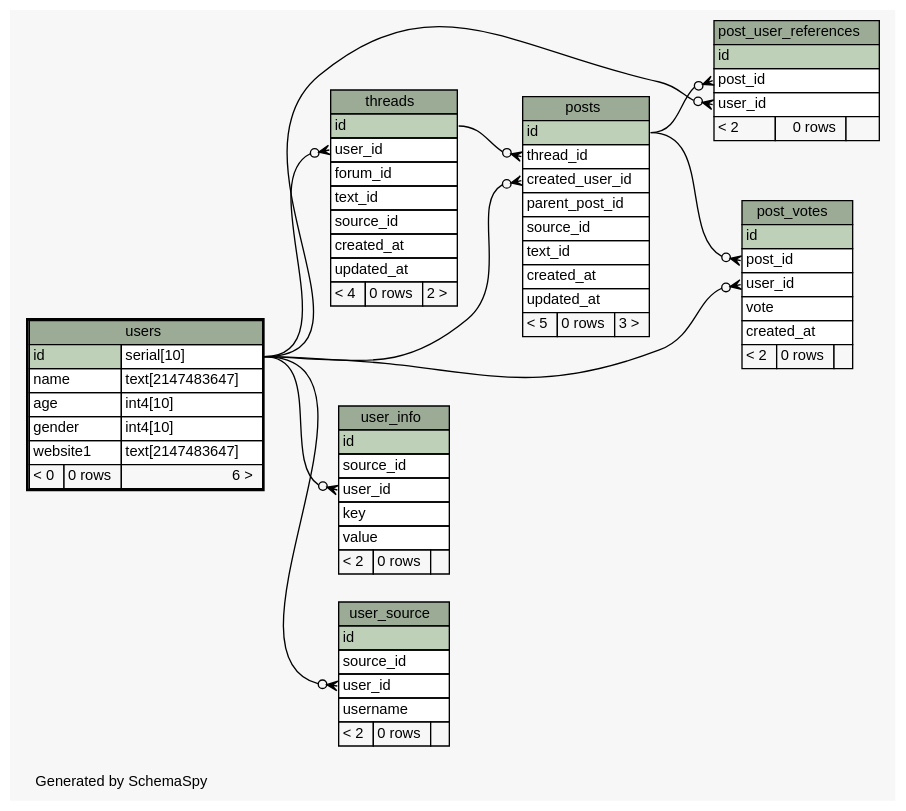
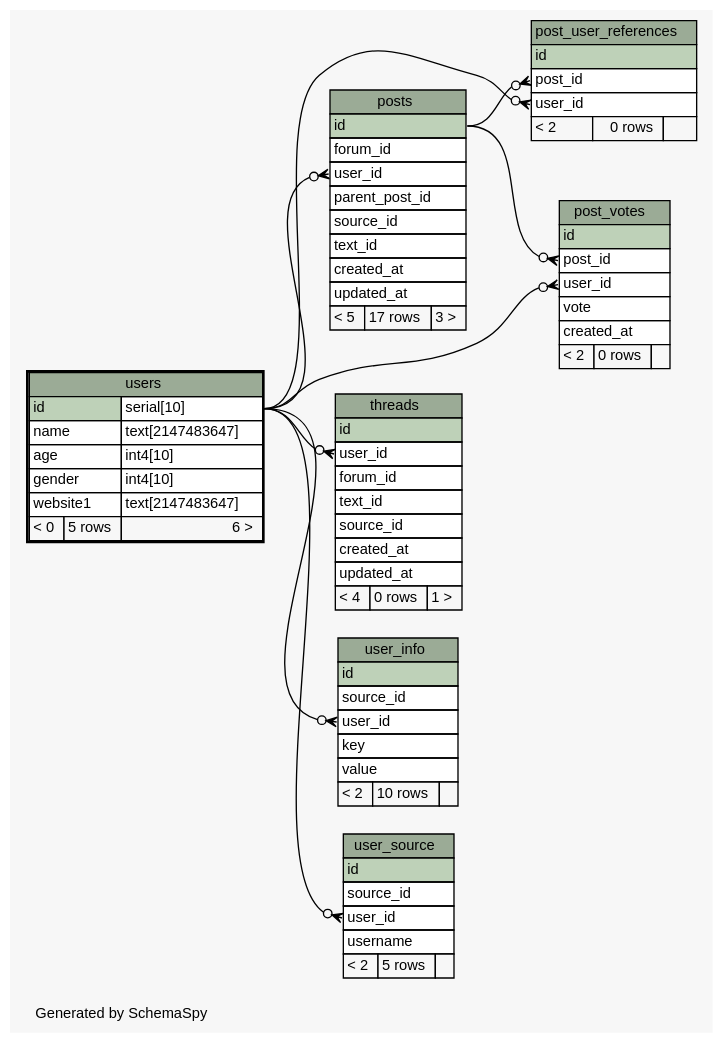
One commit to ryanaustincarlson/moocdb changed the diagram in schema/oltp/diagrams/users.1degree.dot. Above: the diagram before and after it, drawn with Graphviz. The commit also changed 77 other files, not shown here.

Commit message:
updated oltp schema

```diff
--- a/schema/oltp/diagrams/users.1degree.dot
+++ b/schema/oltp/diagrams/users.1degree.dot
@@ -1,131 +1,130 @@
-// dot 2.34.0 on Mac OS X 10.8.3
+// dot 2.32.0 on Mac OS X 10.8.5
 // SchemaSpy rev 590
 digraph "oneDegreeRelationshipsDiagram" {
   graph [
     rankdir="RL"
     bgcolor="#f7f7f7"
     label="\nGenerated by SchemaSpy"
     labeljust="l"
     nodesep="0.18"
     ranksep="0.46"
     fontname="Helvetica"
     fontsize="11"
   ];
   node [
     fontname="Helvetica"
     fontsize="11"
     shape="plaintext"
   ];
   edge [
     arrowsize="0.8"
   ];
   "post_user_references":"post_id":w -> "posts":"id":e [arrowhead=none dir=back arrowtail=crowodot];
   "post_user_references":"user_id":w -> "users":"id.type":e [arrowhead=none dir=back arrowtail=crowodot];
   "post_votes":"post_id":w -> "posts":"id":e [arrowhead=none dir=back arrowtail=crowodot];
   "post_votes":"user_id":w -> "users":"id.type":e [arrowhead=none dir=back arrowtail=crowodot];
-  "posts":"created_user_id":w -> "users":"id.type":e [arrowhead=none dir=back arrowtail=crowodot];
-  "posts":"thread_id":w -> "threads":"id":e [arrowhead=none dir=back arrowtail=crowodot];
+  "posts":"user_id":w -> "users":"id.type":e [arrowhead=none dir=back arrowtail=crowodot];
   "threads":"user_id":w -> "users":"id.type":e [arrowhead=none dir=back arrowtail=crowodot];
   "user_info":"user_id":w -> "users":"id.type":e [arrowhead=none dir=back arrowtail=crowodot];
   "user_source":"user_id":w -> "users":"id.type":e [arrowhead=none dir=back arrowtail=crowodot];
   "post_user_references" [
     label=<
     <TABLE BORDER="0" CELLBORDER="1" CELLSPACING="0" BGCOLOR="#ffffff">
       <TR><TD COLSPAN="3" BGCOLOR="#9bab96" ALIGN="CENTER">post_user_references</TD></TR>
       <TR><TD PORT="id" COLSPAN="3" BGCOLOR="#bed1b8" ALIGN="LEFT">id</TD></TR>
       <TR><TD PORT="post_id" COLSPAN="3" ALIGN="LEFT">post_id</TD></TR>
       <TR><TD PORT="user_id" COLSPAN="3" ALIGN="LEFT">user_id</TD></TR>
       <TR><TD ALIGN="LEFT" BGCOLOR="#f7f7f7">&lt; 2</TD><TD ALIGN="RIGHT" BGCOLOR="#f7f7f7">0 rows</TD><TD ALIGN="RIGHT" BGCOLOR="#f7f7f7">  </TD></TR>
     </TABLE>>
     URL="post_user_references.html"
     tooltip="post_user_references"
   ];
   "post_votes" [
     label=<
     <TABLE BORDER="0" CELLBORDER="1" CELLSPACING="0" BGCOLOR="#ffffff">
       <TR><TD COLSPAN="3" BGCOLOR="#9bab96" ALIGN="CENTER">post_votes</TD></TR>
       <TR><TD PORT="id" COLSPAN="3" BGCOLOR="#bed1b8" ALIGN="LEFT">id</TD></TR>
       <TR><TD PORT="post_id" COLSPAN="3" ALIGN="LEFT">post_id</TD></TR>
       <TR><TD PORT="user_id" COLSPAN="3" ALIGN="LEFT">user_id</TD></TR>
       <TR><TD PORT="vote" COLSPAN="3" ALIGN="LEFT">vote</TD></TR>
       <TR><TD PORT="created_at" COLSPAN="3" ALIGN="LEFT">created_at</TD></TR>
       <TR><TD ALIGN="LEFT" BGCOLOR="#f7f7f7">&lt; 2</TD><TD ALIGN="RIGHT" BGCOLOR="#f7f7f7">0 rows</TD><TD ALIGN="RIGHT" BGCOLOR="#f7f7f7">  </TD></TR>
     </TABLE>>
     URL="post_votes.html"
     tooltip="post_votes"
   ];
   "posts" [
     label=<
     <TABLE BORDER="0" CELLBORDER="1" CELLSPACING="0" BGCOLOR="#ffffff">
       <TR><TD COLSPAN="3" BGCOLOR="#9bab96" ALIGN="CENTER">posts</TD></TR>
       <TR><TD PORT="id" COLSPAN="3" BGCOLOR="#bed1b8" ALIGN="LEFT">id</TD></TR>
-      <TR><TD PORT="thread_id" COLSPAN="3" ALIGN="LEFT">thread_id</TD></TR>
-      <TR><TD PORT="created_user_id" COLSPAN="3" ALIGN="LEFT">created_user_id</TD></TR>
+      <TR><TD PORT="forum_id" COLSPAN="3" ALIGN="LEFT">forum_id</TD></TR>
+      <TR><TD PORT="user_id" COLSPAN="3" ALIGN="LEFT">user_id</TD></TR>
       <TR><TD PORT="parent_post_id" COLSPAN="3" ALIGN="LEFT">parent_post_id</TD></TR>
       <TR><TD PORT="source_id" COLSPAN="3" ALIGN="LEFT">source_id</TD></TR>
       <TR><TD PORT="text_id" COLSPAN="3" ALIGN="LEFT">text_id</TD></TR>
       <TR><TD PORT="created_at" COLSPAN="3" ALIGN="LEFT">created_at</TD></TR>
       <TR><TD PORT="updated_at" COLSPAN="3" ALIGN="LEFT">updated_at</TD></TR>
-      <TR><TD ALIGN="LEFT" BGCOLOR="#f7f7f7">&lt; 5</TD><TD ALIGN="RIGHT" BGCOLOR="#f7f7f7">0 rows</TD><TD ALIGN="RIGHT" BGCOLOR="#f7f7f7">3 &gt;</TD></TR>
+      <TR><TD ALIGN="LEFT" BGCOLOR="#f7f7f7">&lt; 5</TD><TD ALIGN="RIGHT" BGCOLOR="#f7f7f7">17 rows</TD><TD ALIGN="RIGHT" BGCOLOR="#f7f7f7">3 &gt;</TD></TR>
     </TABLE>>
     URL="posts.html"
     tooltip="posts"
   ];
   "threads" [
     label=<
     <TABLE BORDER="0" CELLBORDER="1" CELLSPACING="0" BGCOLOR="#ffffff">
       <TR><TD COLSPAN="3" BGCOLOR="#9bab96" ALIGN="CENTER">threads</TD></TR>
       <TR><TD PORT="id" COLSPAN="3" BGCOLOR="#bed1b8" ALIGN="LEFT">id</TD></TR>
       <TR><TD PORT="user_id" COLSPAN="3" ALIGN="LEFT">user_id</TD></TR>
       <TR><TD PORT="forum_id" COLSPAN="3" ALIGN="LEFT">forum_id</TD></TR>
       <TR><TD PORT="text_id" COLSPAN="3" ALIGN="LEFT">text_id</TD></TR>
       <TR><TD PORT="source_id" COLSPAN="3" ALIGN="LEFT">source_id</TD></TR>
       <TR><TD PORT="created_at" COLSPAN="3" ALIGN="LEFT">created_at</TD></TR>
       <TR><TD PORT="updated_at" COLSPAN="3" ALIGN="LEFT">updated_at</TD></TR>
-      <TR><TD ALIGN="LEFT" BGCOLOR="#f7f7f7">&lt; 4</TD><TD ALIGN="RIGHT" BGCOLOR="#f7f7f7">0 rows</TD><TD ALIGN="RIGHT" BGCOLOR="#f7f7f7">2 &gt;</TD></TR>
+      <TR><TD ALIGN="LEFT" BGCOLOR="#f7f7f7">&lt; 4</TD><TD ALIGN="RIGHT" BGCOLOR="#f7f7f7">0 rows</TD><TD ALIGN="RIGHT" BGCOLOR="#f7f7f7">1 &gt;</TD></TR>
     </TABLE>>
     URL="threads.html"
     tooltip="threads"
   ];
   "user_info" [
     label=<
     <TABLE BORDER="0" CELLBORDER="1" CELLSPACING="0" BGCOLOR="#ffffff">
       <TR><TD COLSPAN="3" BGCOLOR="#9bab96" ALIGN="CENTER">user_info</TD></TR>
       <TR><TD PORT="id" COLSPAN="3" BGCOLOR="#bed1b8" ALIGN="LEFT">id</TD></TR>
       <TR><TD PORT="source_id" COLSPAN="3" ALIGN="LEFT">source_id</TD></TR>
       <TR><TD PORT="user_id" COLSPAN="3" ALIGN="LEFT">user_id</TD></TR>
       <TR><TD PORT="key" COLSPAN="3" ALIGN="LEFT">key</TD></TR>
       <TR><TD PORT="value" COLSPAN="3" ALIGN="LEFT">value</TD></TR>
-      <TR><TD ALIGN="LEFT" BGCOLOR="#f7f7f7">&lt; 2</TD><TD ALIGN="RIGHT" BGCOLOR="#f7f7f7">0 rows</TD><TD ALIGN="RIGHT" BGCOLOR="#f7f7f7">  </TD></TR>
+      <TR><TD ALIGN="LEFT" BGCOLOR="#f7f7f7">&lt; 2</TD><TD ALIGN="RIGHT" BGCOLOR="#f7f7f7">10 rows</TD><TD ALIGN="RIGHT" BGCOLOR="#f7f7f7">  </TD></TR>
     </TABLE>>
     URL="user_info.html"
     tooltip="user_info"
   ];
   "user_source" [
     label=<
     <TABLE BORDER="0" CELLBORDER="1" CELLSPACING="0" BGCOLOR="#ffffff">
       <TR><TD COLSPAN="3" BGCOLOR="#9bab96" ALIGN="CENTER">user_source</TD></TR>
       <TR><TD PORT="id" COLSPAN="3" BGCOLOR="#bed1b8" ALIGN="LEFT">id</TD></TR>
       <TR><TD PORT="source_id" COLSPAN="3" ALIGN="LEFT">source_id</TD></TR>
       <TR><TD PORT="user_id" COLSPAN="3" ALIGN="LEFT">user_id</TD></TR>
       <TR><TD PORT="username" COLSPAN="3" ALIGN="LEFT">username</TD></TR>
-      <TR><TD ALIGN="LEFT" BGCOLOR="#f7f7f7">&lt; 2</TD><TD ALIGN="RIGHT" BGCOLOR="#f7f7f7">0 rows</TD><TD ALIGN="RIGHT" BGCOLOR="#f7f7f7">  </TD></TR>
+      <TR><TD ALIGN="LEFT" BGCOLOR="#f7f7f7">&lt; 2</TD><TD ALIGN="RIGHT" BGCOLOR="#f7f7f7">5 rows</TD><TD ALIGN="RIGHT" BGCOLOR="#f7f7f7">  </TD></TR>
     </TABLE>>
     URL="user_source.html"
     tooltip="user_source"
   ];
   "users" [
     label=<
     <TABLE BORDER="2" CELLBORDER="1" CELLSPACING="0" BGCOLOR="#ffffff">
       <TR><TD COLSPAN="3" BGCOLOR="#9bab96" ALIGN="CENTER">users</TD></TR>
       <TR><TD PORT="id" COLSPAN="2" BGCOLOR="#bed1b8" ALIGN="LEFT">id</TD><TD PORT="id.type" ALIGN="LEFT">serial[10]</TD></TR>
       <TR><TD PORT="name" COLSPAN="2" ALIGN="LEFT">name</TD><TD PORT="name.type" ALIGN="LEFT">text[2147483647]</TD></TR>
       <TR><TD PORT="age" COLSPAN="2" ALIGN="LEFT">age</TD><TD PORT="age.type" ALIGN="LEFT">int4[10]</TD></TR>
       <TR><TD PORT="gender" COLSPAN="2" ALIGN="LEFT">gender</TD><TD PORT="gender.type" ALIGN="LEFT">int4[10]</TD></TR>
       <TR><TD PORT="website1" COLSPAN="2" ALIGN="LEFT">website1</TD><TD PORT="website1.type" ALIGN="LEFT">text[2147483647]</TD></TR>
-      <TR><TD ALIGN="LEFT" BGCOLOR="#f7f7f7">&lt; 0</TD><TD ALIGN="RIGHT" BGCOLOR="#f7f7f7">0 rows</TD><TD ALIGN="RIGHT" BGCOLOR="#f7f7f7">6 &gt;</TD></TR>
+      <TR><TD ALIGN="LEFT" BGCOLOR="#f7f7f7">&lt; 0</TD><TD ALIGN="RIGHT" BGCOLOR="#f7f7f7">5 rows</TD><TD ALIGN="RIGHT" BGCOLOR="#f7f7f7">6 &gt;</TD></TR>
     </TABLE>>
     URL="users.html"
     tooltip="users"
   ];
 }
```
